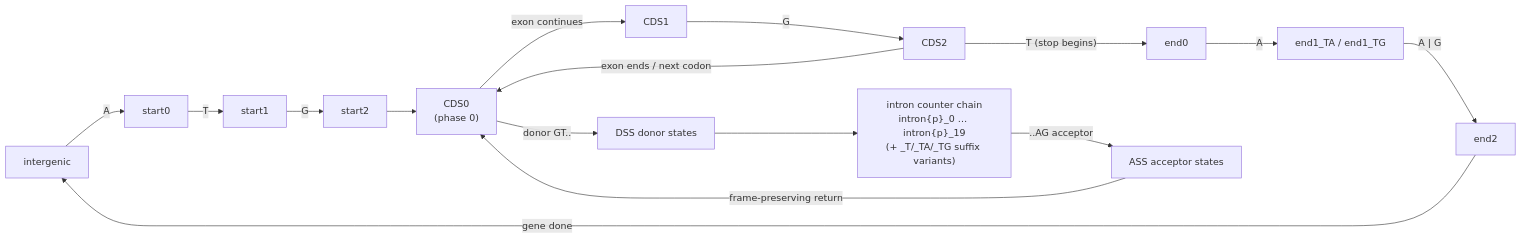
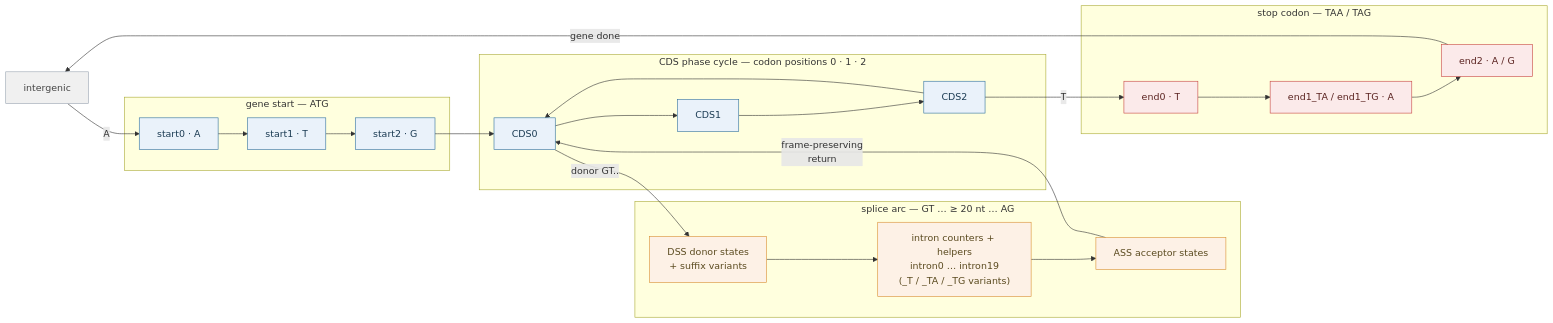
The second of 2 diagrams in docs/decoding-internals.md (wellcover/ANNEVO-fast), drawn with Mermaid before and after one commit. The commit also changed other lines of this file and 2 other files, not shown here.

Commit message:
docs: upgrade figures — 4-panel chart with real sparsity scatter (A-matrix: 160/28,900 cells), styled & grouped mermaid diagrams

````diff
--- a/docs/decoding-internals.md
+++ b/docs/decoding-internals.md
@@ -103,12 +115,32 @@
 ```mermaid
 flowchart LR
-    IG["intergenic"] -- "A" --> S0["start0"] -- "T" --> S1["start1"] -- "G" --> S2["start2"]
-    S2 --> C0["CDS0<br/>(phase 0)"]
-    C0 -- "exon continues" --> C1["CDS1"] -- "G" --> C2["CDS2"] -- "exon ends / next codon" --> C0
-    C2 -- "T (stop begins)" --> E0["end0"] -- "A" --> E1["end1_TA / end1_TG"] -- "A | G" --> E2["end2"]
+    classDef igc fill:#f0f0f0,stroke:#9aa5b1,color:#444444
+    classDef cdsc fill:#eaf2fa,stroke:#2e6f9e,color:#1a3a52
+    classDef splc fill:#fdf1e6,stroke:#d98e32,color:#5a4a1f
+    classDef stpc fill:#fbeaea,stroke:#c74440,color:#5a2320
+
+    IG["intergenic"]:::igc
+
+    subgraph START[" gene start — ATG "]
+        S0["start0 · A"]:::cdsc --> S1["start1 · T"]:::cdsc --> S2["start2 · G"]:::cdsc
+    end
+
+    subgraph CYCLE[" CDS phase cycle — codon positions 0 · 1 · 2 "]
+        C0["CDS0"]:::cdsc --> C1["CDS1"]:::cdsc --> C2["CDS2"]:::cdsc --> C0
+    end
+
+    subgraph SPLICE[" splice arc — GT … ≥ 20 nt … AG "]
+        DSS["DSS donor states<br/>+ suffix variants"]:::splc --> IC["intron counters + helpers<br/>intron0 … intron19<br/>(_T / _TA / _TG variants)"]:::splc --> ASS["ASS acceptor states"]:::splc
+    end
+
+    subgraph STOP[" stop codon — TAA / TAG "]
+        E0["end0 · T"]:::stpc --> E1["end1_TA / end1_TG · A"]:::stpc --> E2["end2 · A / G"]:::stpc
+    end
+
+    IG -- "A" --> S0
+    S2 --> C0
+    C0 -- "donor GT.." --> DSS
+    ASS -- "frame-preserving<br/>return" --> C0
+    C2 -- "T" --> E0
     E2 -- "gene done" --> IG
-    C0 -- "donor GT.." --> DSS["DSS donor states"]
-    DSS --> IC["intron counter chain<br/>intron{p}_0 … intron{p}_19<br/>(+ _T/_TA/_TG suffix variants)"]
-    IC -- "..AG acceptor" --> ASS["ASS acceptor states"]
-    ASS -- "frame-preserving return" --> C0
 ```
````
